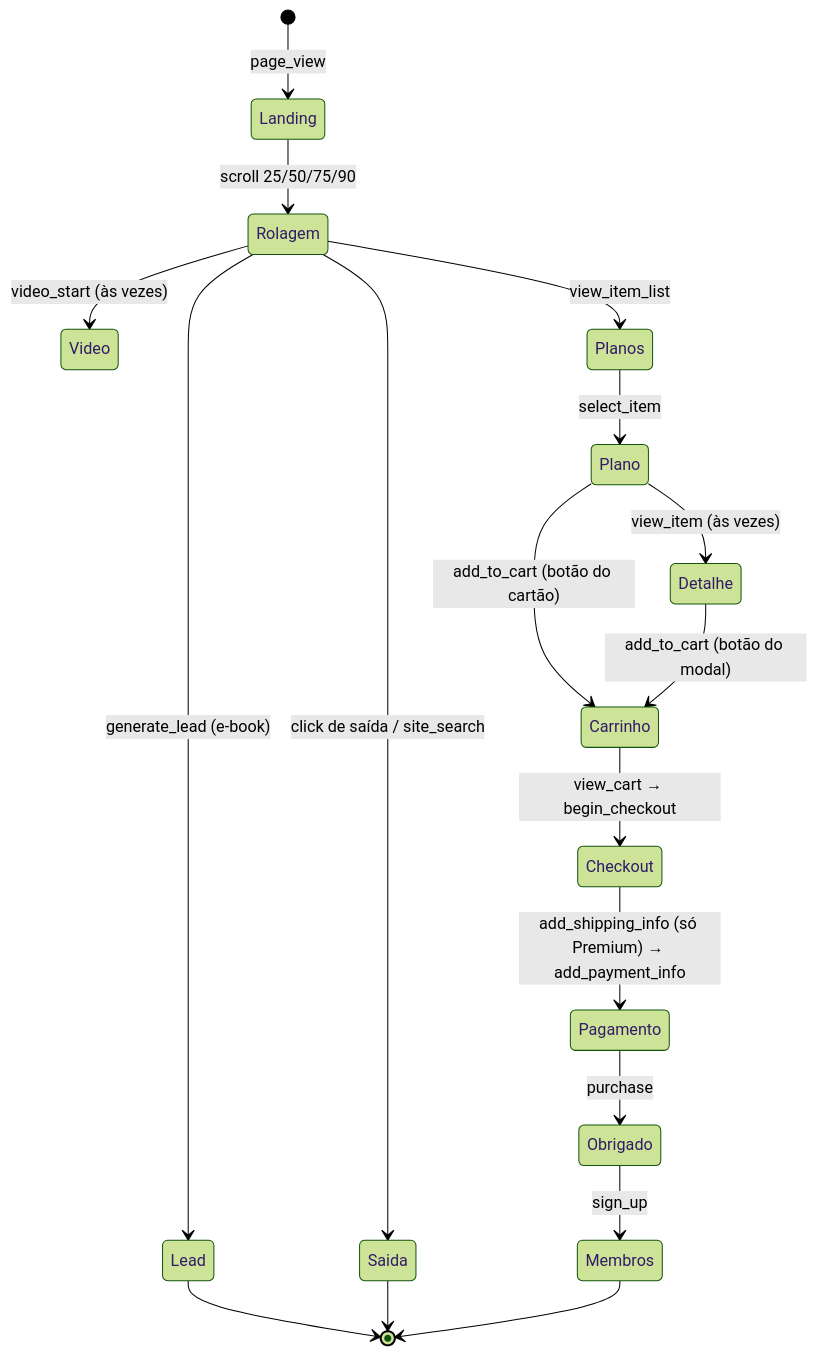
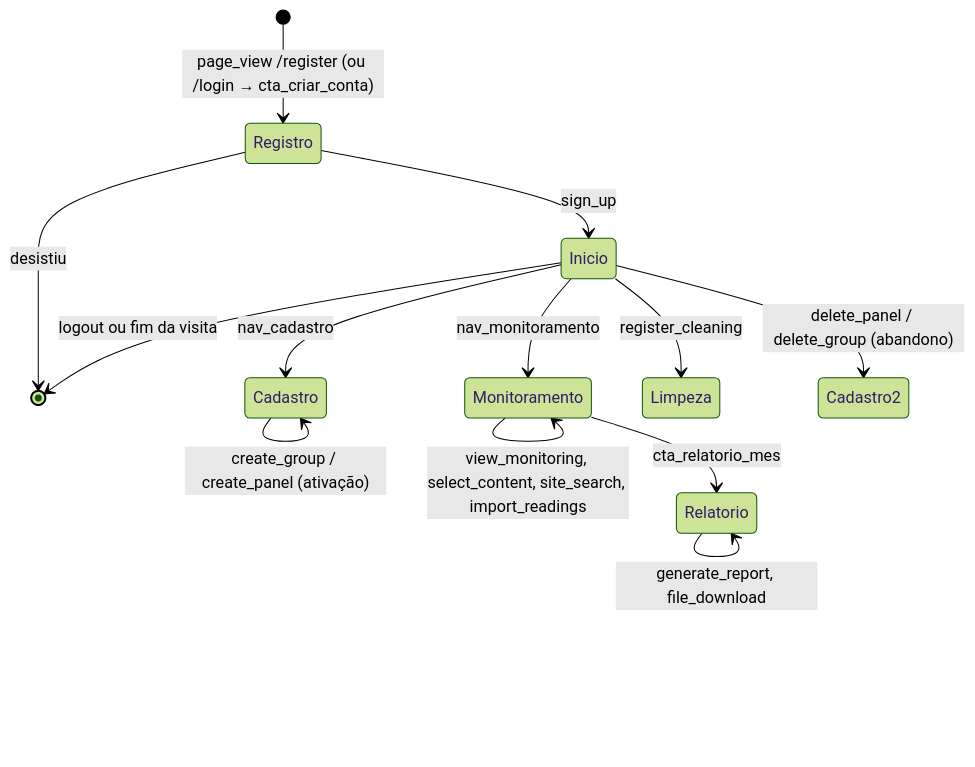
One commit to danieltanjos/SolarVision changed the diagram in datalake/gerador/README.md. Above: the diagram before and after it, drawn with Mermaid (forest theme). The commit also changed other lines of this file and 7 other files, not shown here.

````diff
--- a/datalake/gerador/README.md
+++ b/datalake/gerador/README.md
@@ -63,20 +39,15 @@
 ```mermaid
 stateDiagram-v2
-    [*] --> Landing: page_view
-    Landing --> Rolagem: scroll 25/50/75/90
-    Rolagem --> Video: video_start (às vezes)
-    Rolagem --> Planos: view_item_list
-    Planos --> Plano: select_item
-    Plano --> Detalhe: view_item (às vezes)
-    Plano --> Carrinho: add_to_cart (botão do cartão)
-    Detalhe --> Carrinho: add_to_cart (botão do modal)
-    Carrinho --> Checkout: view_cart → begin_checkout
-    Checkout --> Pagamento: add_shipping_info (só Premium) → add_payment_info
-    Pagamento --> Obrigado: purchase
-    Obrigado --> Membros: sign_up
-    Rolagem --> Lead: generate_lead (e-book)
-    Rolagem --> Saida: click de saída / site_search
-    Lead --> [*]
-    Saida --> [*]
-    Membros --> [*]
+    [*] --> Registro: page_view /register (ou /login → cta_criar_conta)
+    Registro --> Inicio: sign_up
+    Registro --> [*]: desistiu
+    Inicio --> Cadastro: nav_cadastro
+    Cadastro --> Cadastro: create_group / create_panel (ativação)
+    Inicio --> Monitoramento: nav_monitoramento
+    Monitoramento --> Monitoramento: view_monitoring, select_content, site_search, import_readings
+    Monitoramento --> Relatorio: cta_relatorio_mes
+    Relatorio --> Relatorio: generate_report, file_download
+    Inicio --> Limpeza: register_cleaning
+    Inicio --> Cadastro2: delete_panel / delete_group (abandono)
+    Inicio --> [*]: logout ou fim da visita
 ```
````
